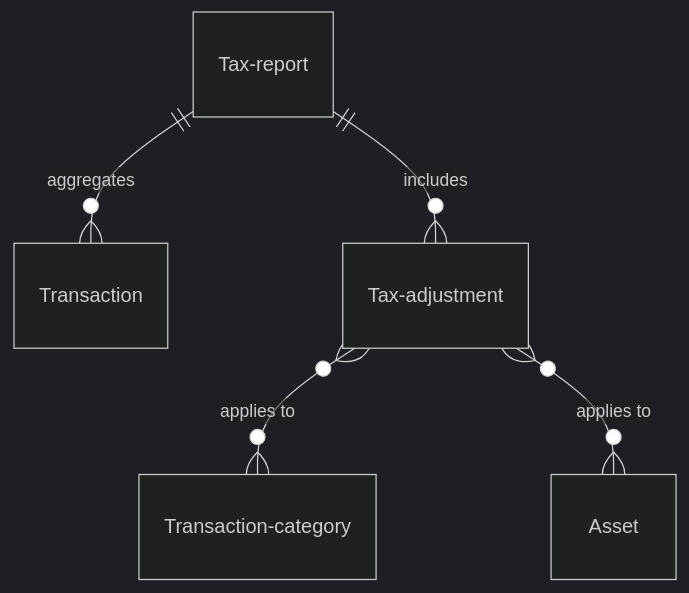
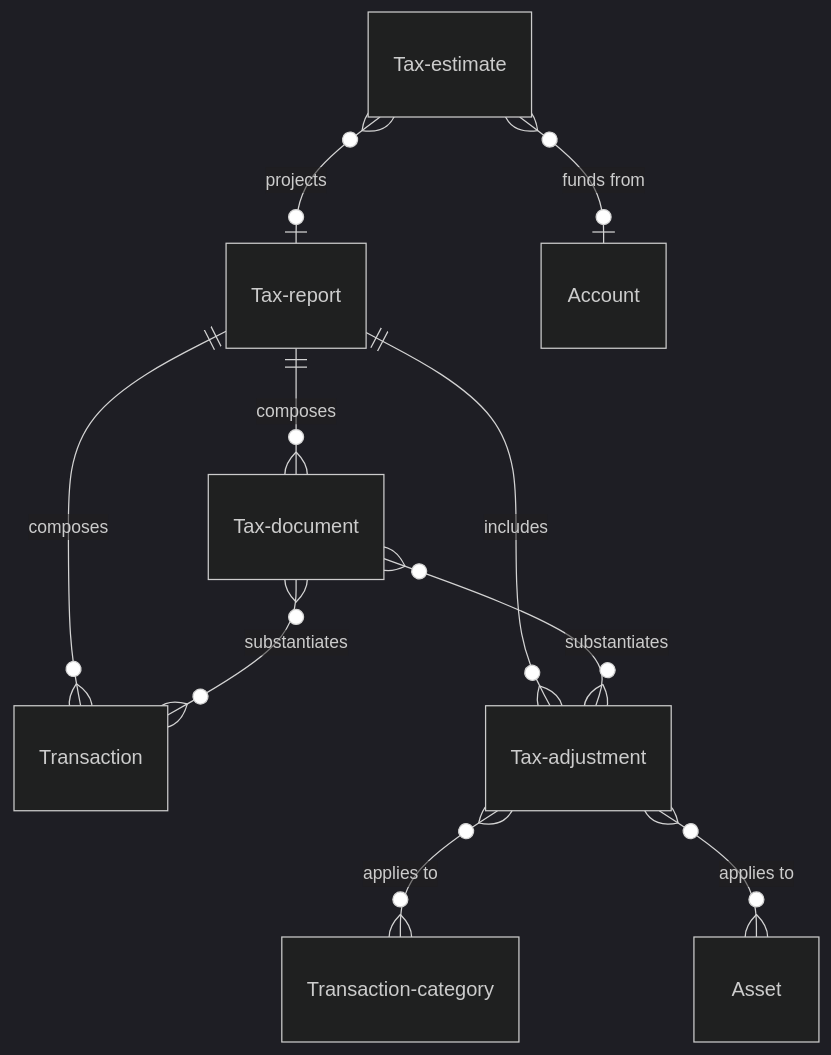
One commit to billdingwall/open-finance changed the third of 7 diagrams in docs/_refinement/r6-review.md. Above: the diagram before and after it, drawn with Mermaid (dark theme). The commit also changed other lines of this file, not shown here.

````diff
--- a/docs/_refinement/r6-review.md
+++ b/docs/_refinement/r6-review.md
@@ -380,7 +534,12 @@
 ```mermaid
 erDiagram
-    Tax-report ||--o{ Transaction : "aggregates"
+    Tax-report ||--o{ Transaction : "composes"
     Tax-report ||--o{ Tax-adjustment : "includes"
+    Tax-report ||--o{ Tax-document : "composes"
     Tax-adjustment }o--o{ Transaction-category : "applies to"
     Tax-adjustment }o--o{ Asset : "applies to"
+    Tax-estimate }o--o| Tax-report : "projects"
+    Tax-estimate }o--o| Account : "funds from"
+    Tax-document }o--o{ Transaction : "substantiates"
+    Tax-document }o--o{ Tax-adjustment : "substantiates"
 ```
````
